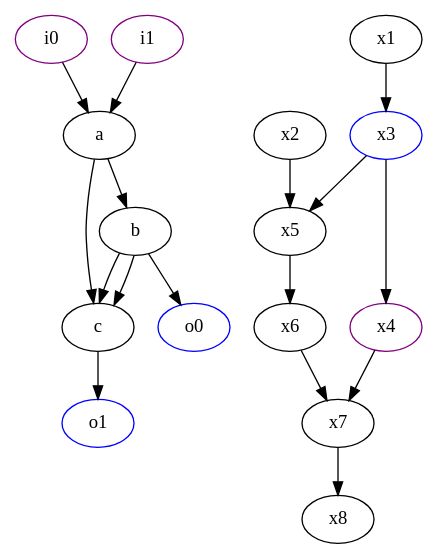
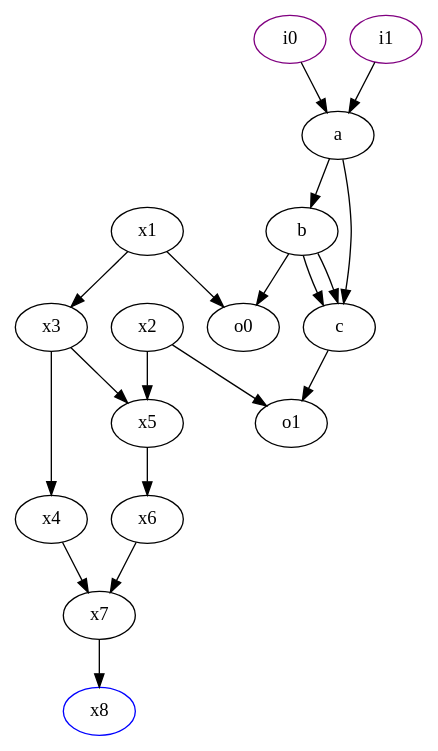
The diagram in graph.dot (LSCRSL/Graph), drawn with Graphviz before and after one commit. The commit also changed 4 other files, not shown here.

```diff
--- a/graph.dot
+++ b/graph.dot
@@ -1,33 +1,35 @@
 digraph G{
-21 [label=a, color=black];
-22 [label=b, color=black];
-23 [label=c, color=black];
-24 [label=i0, color=purple];
-25 [label=i1, color=purple];
-26 [label=o0, color=blue];
-27 [label=o1, color=blue];
-0 [label=x3, color=blue];
-1 [label=x4, color=purple];
-2 [label=x5, color=black];
-3 [label=x6, color=black];
-4 [label=x7, color=black];
-10 [label=x1, color=black];
-11 [label=x2, color=black];
-20 [label=x8, color=black];
-21 -> 22;
-21 -> 23;
-22 -> 23;
-22 -> 23;
-22 -> 26;
-23 -> 27;
-24 -> 21;
-25 -> 21;
+7 [label=x3, color=black];
+8 [label=x4, color=black];
+9 [label=x5, color=black];
+10 [label=x6, color=black];
+11 [label=x7, color=black];
+17 [label=x1, color=black];
+18 [label=x2, color=black];
+27 [label=x8, color=blue];
+0 [label=a, color=black];
+1 [label=b, color=black];
+2 [label=c, color=black];
+3 [label=i0, color=purple];
+4 [label=i1, color=purple];
+5 [label=o0, color=black];
+6 [label=o1, color=black];
+7 -> 8;
+7 -> 9;
+8 -> 11;
+9 -> 10;
+10 -> 11;
+11 -> 27;
+17 -> 7;
+17 -> 5;
+18 -> 9;
+18 -> 6;
 0 -> 1;
 0 -> 2;
-1 -> 4;
-2 -> 3;
-3 -> 4;
-4 -> 20;
-10 -> 0;
-11 -> 2;
+1 -> 2;
+1 -> 2;
+1 -> 5;
+2 -> 6;
+3 -> 0;
+4 -> 0;
 }
```
